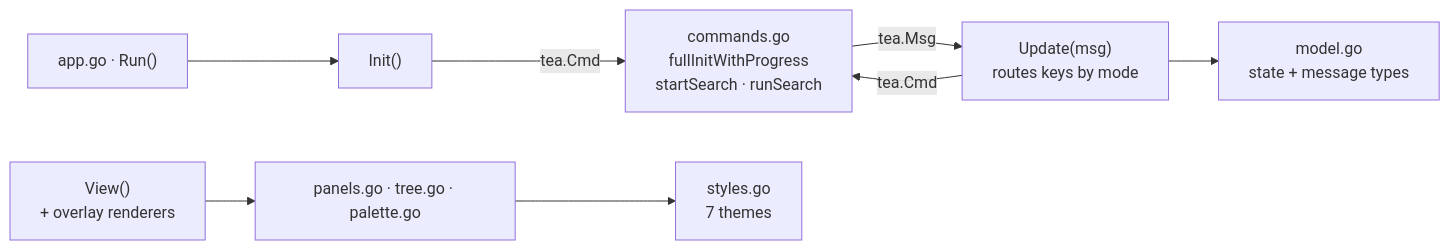
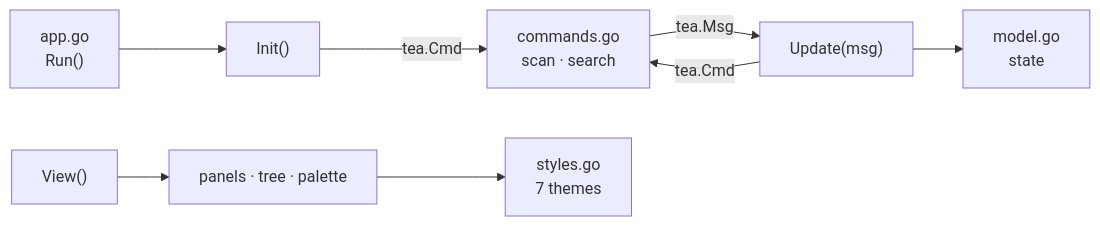
One commit to DVacirca/whatsinstalled changed the second of 2 diagrams in ARCHITECTURE.md. Above: the diagram before and after it, drawn with Mermaid. The commit also changed other lines of this file and 1 other file, not shown here.

Commit message:
refactor docs: tighter prose, tables over lists, balanced diagrams

````diff
--- a/ARCHITECTURE.md
+++ b/ARCHITECTURE.md
@@ -114,19 +78,19 @@
 ```mermaid
 flowchart LR
-    RUN["app.go · Run()"]
+    RUN["app.go<br/>Run()"]
     INIT["Init()"]
-    UPDATE["Update(msg)<br/>routes keys by mode"]
-    VIEW["View()<br/>+ overlay renderers"]
-    MODEL["model.go<br/>state + message types"]
-    CMDS["commands.go<br/>fullInitWithProgress<br/>startSearch · runSearch"]
-    PANELS["panels.go · tree.go · palette.go"]
+    UPDATE["Update(msg)"]
+    VIEW["View()"]
+    CMDS["commands.go<br/>scan · search"]
+    MODEL["model.go<br/>state"]
+    RENDER["panels · tree · palette"]
     STYLES["styles.go<br/>7 themes"]
 
     RUN --> INIT
     INIT -->|tea.Cmd| CMDS
     UPDATE -->|tea.Cmd| CMDS
     CMDS -->|tea.Msg| UPDATE
     UPDATE --> MODEL
-    VIEW --> PANELS
-    PANELS --> STYLES
+    VIEW --> RENDER
+    RENDER --> STYLES
 ```
````
